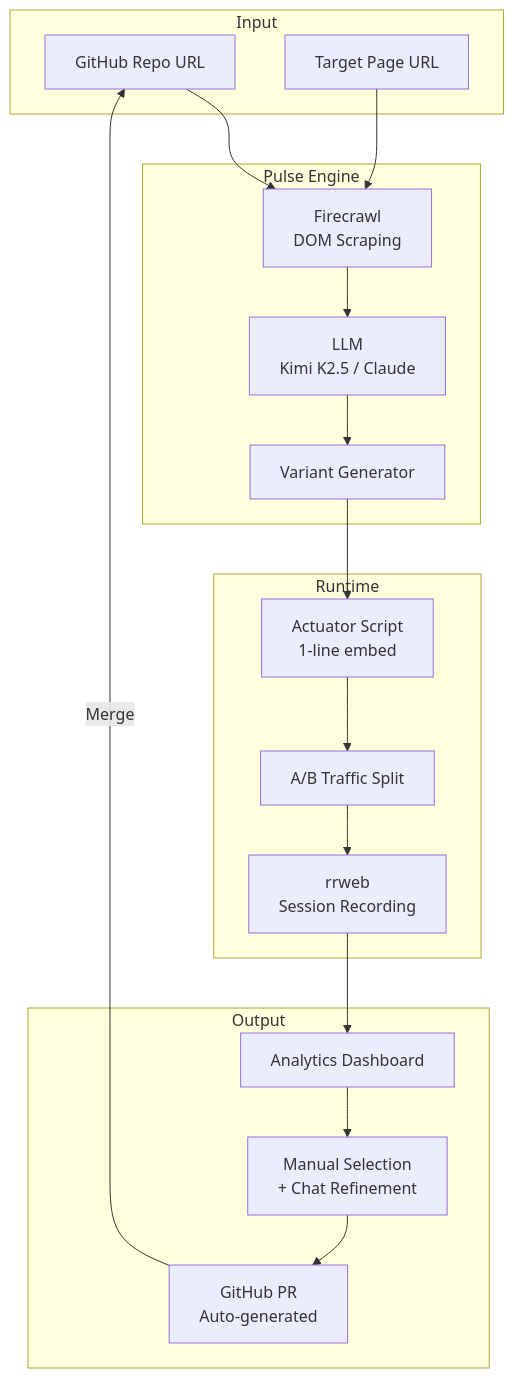
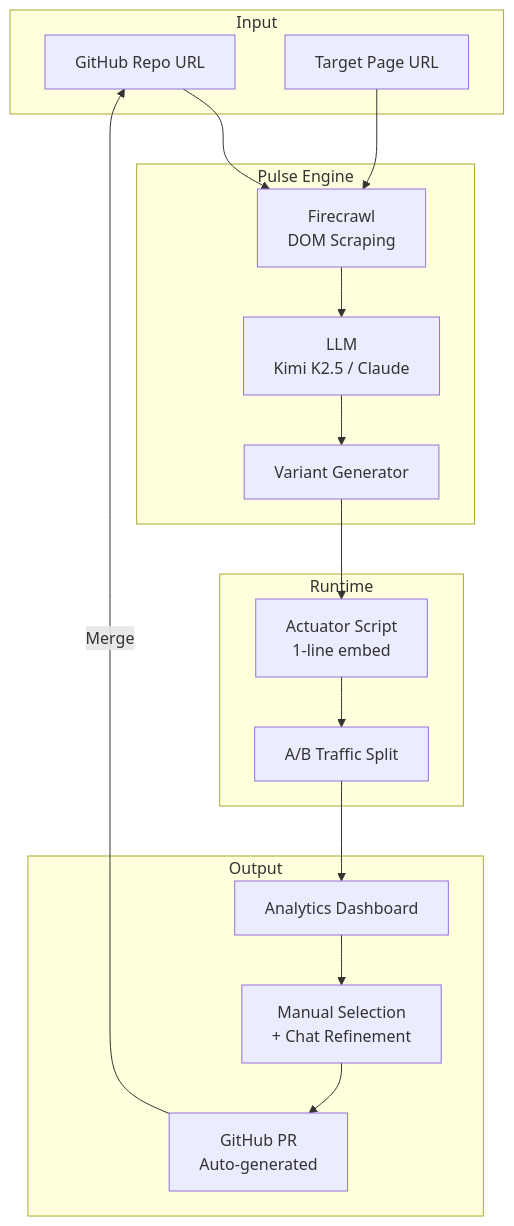
The diagram in README.md (shlawgathon/pulse), drawn with Mermaid before and after one commit. The commit also changed other lines of this file, not shown here.

Commit message:
Remove rrweb/recording from diagram and tech stack

````diff
--- a/README.md
+++ b/README.md
@@ -27,37 +27,35 @@
 ```mermaid
 flowchart TB
     subgraph Input
         A[GitHub Repo URL]
         B[Target Page URL]
     end
 
     subgraph Pulse Engine
         C[Firecrawl<br/>DOM Scraping]
         D[LLM<br/>Kimi K2.5 / Claude]
         E[Variant Generator]
     end
 
     subgraph Runtime
         F[Actuator Script<br/>1-line embed]
         G[A/B Traffic Split]
-        H[rrweb<br/>Session Recording]
     end
 
     subgraph Output
         I[Analytics Dashboard]
         J[Manual Selection<br/>+ Chat Refinement]
         K[GitHub PR<br/>Auto-generated]
     end
 
     A --> C
     B --> C
     C --> D
     D --> E
     E --> F
     F --> G
-    G --> H
-    H --> I
+    G --> I
     I --> J
     J --> K
     K -->|Merge| A
 ```
````
